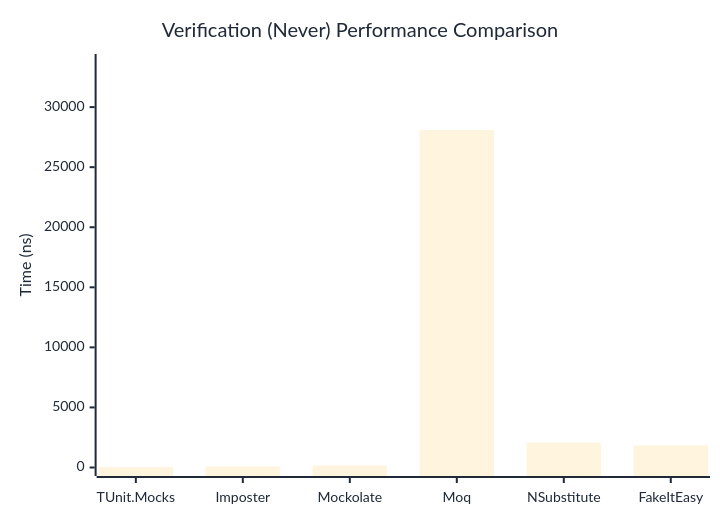
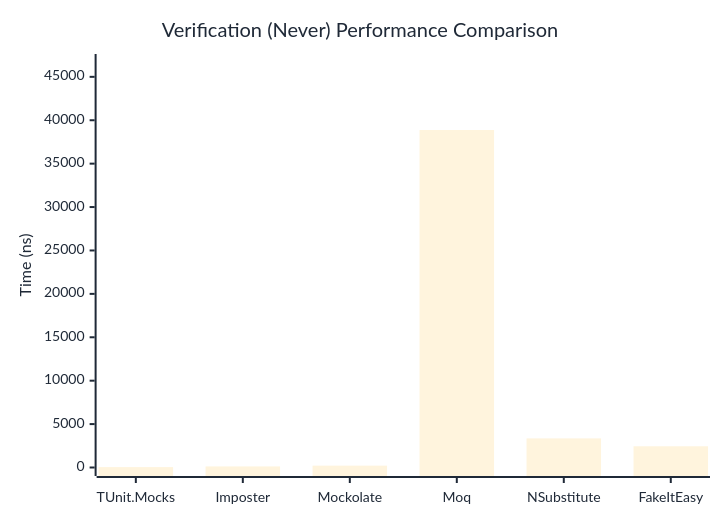
Before and after one commit to thomhurst/TUnit: the second of 3 diagrams in docs/docs/benchmarks/mocks/Verification.md, drawn with Mermaid. The commit also changed other lines of this file and 14 other files, not shown here.

````diff
--- a/docs/docs/benchmarks/mocks/Verification.md
+++ b/docs/docs/benchmarks/mocks/Verification.md
@@ -71,27 +71,27 @@
 ```mermaid
 %%{init: {
   'theme':'base',
   'themeVariables': {
     'primaryColor': '#2563eb',
     'primaryTextColor': '#1f2937',
     'primaryBorderColor': '#1e40af',
     'lineColor': '#6b7280',
     'secondaryColor': '#7c3aed',
     'tertiaryColor': '#dc2626',
     'background': '#ffffff',
     'pie1': '#2563eb',
     'pie2': '#7c3aed',
     'pie3': '#dc2626',
     'pie4': '#f59e0b',
     'pie5': '#10b981',
     'pie6': '#06b6d4',
     'pie7': '#ec4899',
     'pie8': '#6366f1'
   }
 }}%%
 xychart-beta
   title "Verification (Never) Performance Comparison"
   x-axis ["TUnit.Mocks", "Imposter", "Mockolate", "Moq", "NSubstitute", "FakeItEasy"]
-  y-axis "Time (ns)" 0 --> 33714
-  bar [35.26, 88.05, 161.78, 28094.18, 2066.26, 1842.57]
+  y-axis "Time (ns)" 0 --> 46651
+  bar [47.23, 123.07, 213.59, 38875.1, 3351.63, 2446.15]
 ```
````
